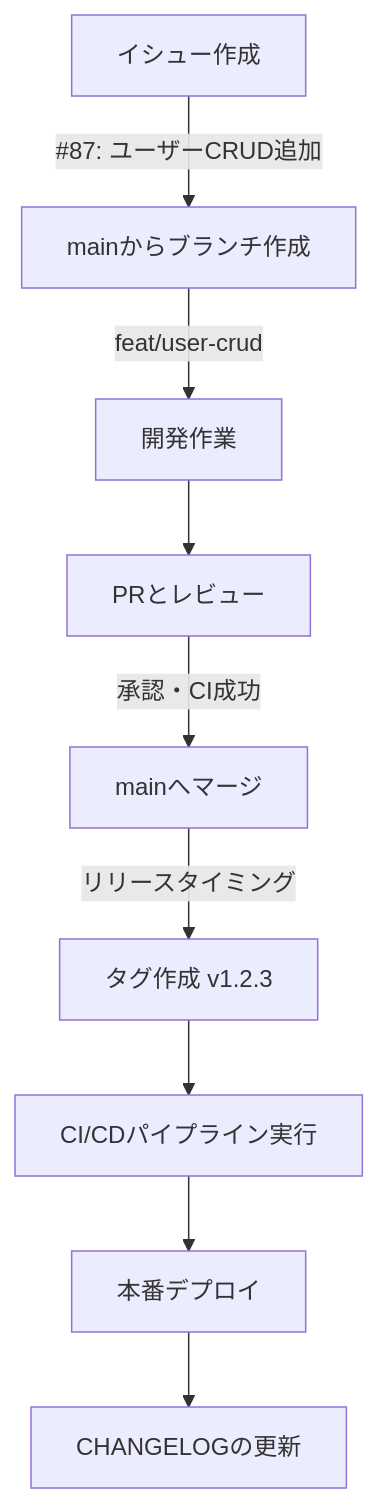
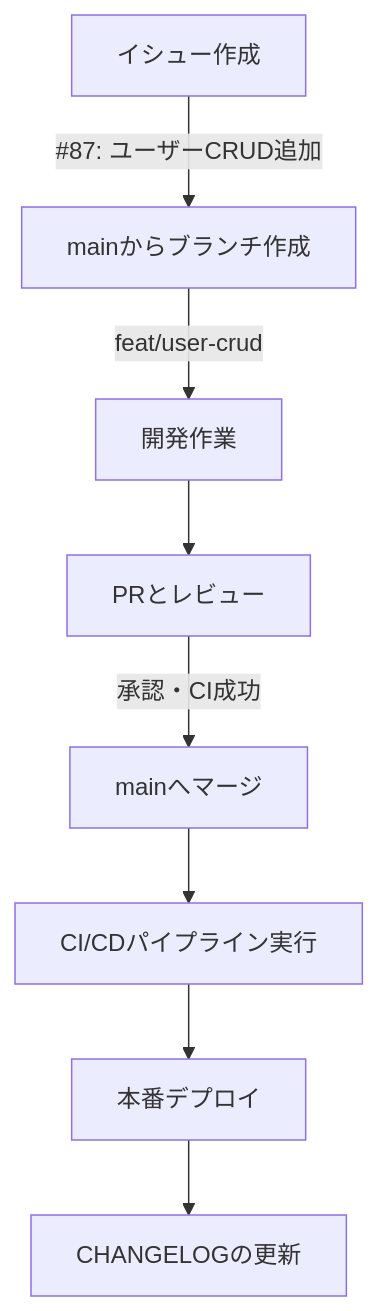
Before and after one commit to saitama-Agile2026/team-a: the diagram in CONTRIBUTING.md, drawn with Mermaid. The commit also changed other lines of this file and 6 other files, not shown here.

````diff
--- a/CONTRIBUTING.md
+++ b/CONTRIBUTING.md
@@ -119,11 +119,10 @@
 ```mermaid
 graph TD
     A[イシュー作成] -->|#87: ユーザーCRUD追加| B[mainからブランチ作成]
     B -->|feat/user-crud| C[開発作業]
     C --> D[PRとレビュー]
     D -->|承認・CI成功| E[mainへマージ]
-    E -->|リリースタイミング| F[タグ作成 v1.2.3]
-    F --> G[CI/CDパイプライン実行]
-    G --> H[本番デプロイ]
-    H --> I[CHANGELOGの更新]
+    E --> F[CI/CDパイプライン実行]
+    F --> G[本番デプロイ]
+    G --> H[CHANGELOGの更新]
 ```
````
